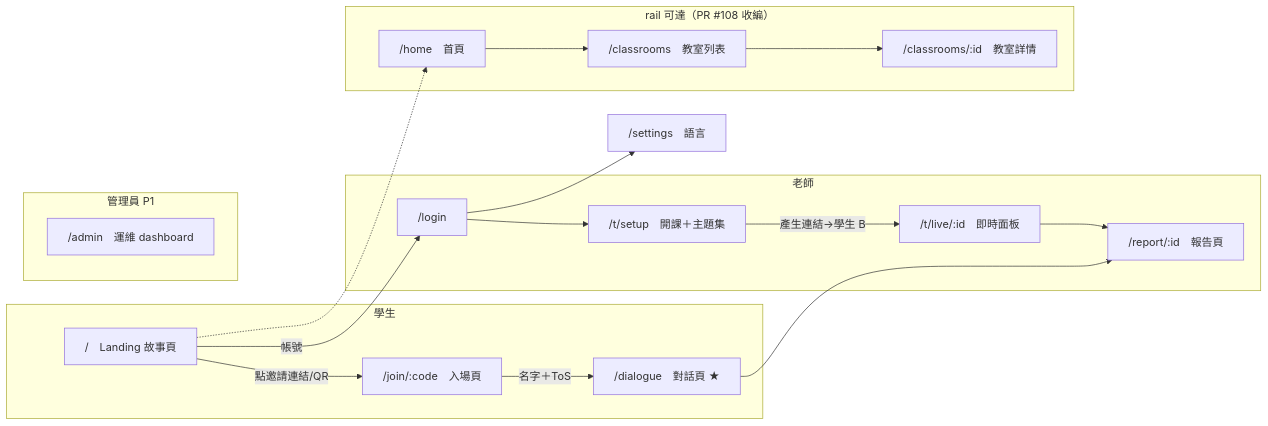
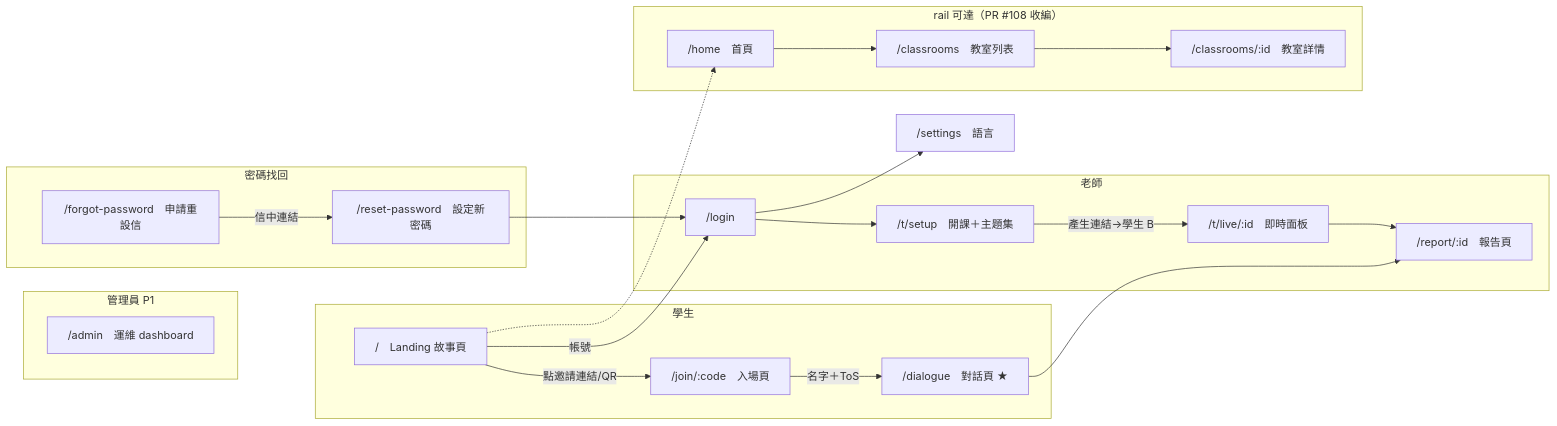
The diagram in docs/frontend.md (ntnu-swe-2026-team4/socrates-classroom), drawn with Mermaid before and after one commit. The commit also changed other lines of this file and 6 other files, not shown here.

Commit message:
docs: password reset contract, routes, mail binding note and changelog (#230)

````diff
--- a/docs/frontend.md
+++ b/docs/frontend.md
@@ -15,23 +15,27 @@
 ```mermaid
 flowchart LR
     subgraph student[學生]
         A["/　Landing 故事頁"] -->|"點邀請連結/QR"| B["/join/:code　入場頁"]
         B -->|"名字＋ToS"| D["/dialogue　對話頁 ★"]
     end
     subgraph teacher[老師]
         A -->|帳號| C["/login"]
         C --> E["/t/setup　開課＋主題集"]
         E -->|"產生連結→學生 B"| F["/t/live/:id　即時面板"]
         F --> G["/report/:id　報告頁"]
     end
     D --> G
     C --> H["/settings　語言"]
     subgraph rail[rail 可達（PR #108 收編）]
         J["/home　首頁"] --> K["/classrooms　教室列表"]
         K --> L["/classrooms/:id　教室詳情"]
     end
     A -.-> J
     subgraph admin[管理員 P1]
         I["/admin　運維 dashboard"]
     end
+    subgraph recovery[密碼找回]
+        M["/forgot-password　申請重設信"] -->|"信中連結"| N["/reset-password　設定新密碼"]
+    end
+    N --> C
 ```
````
